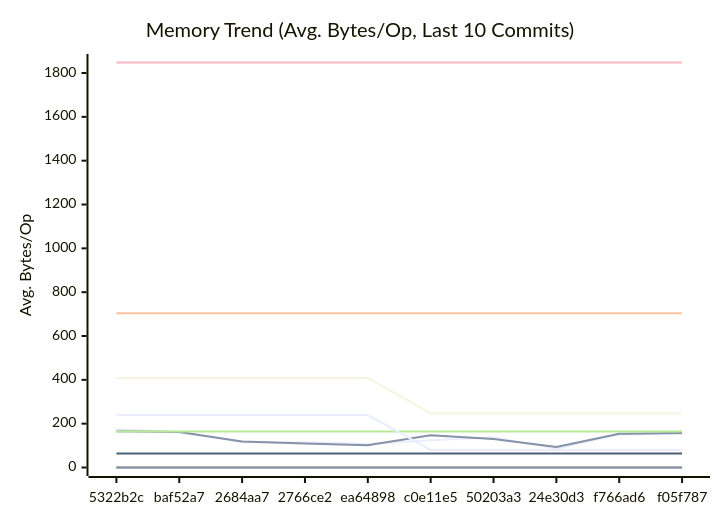
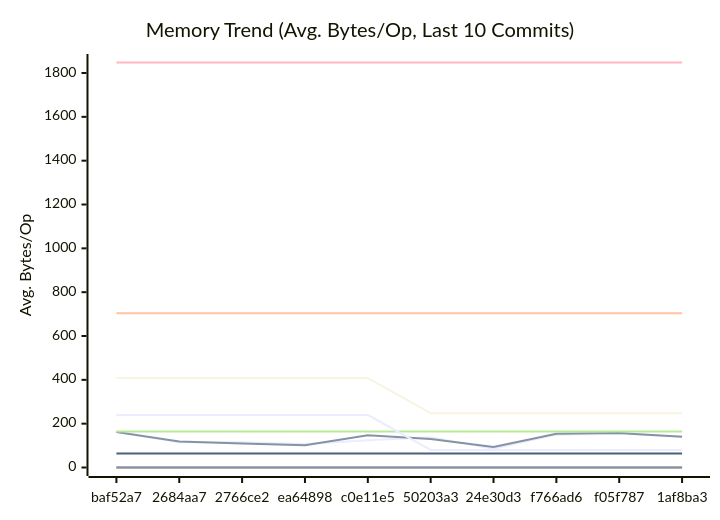
The second of 3 diagrams in docs/PERFORMANCE.md (alsotoes/momo), drawn with Mermaid before and after one commit. The commit also changed other lines of this file and 3 other files, not shown here.

````diff
--- a/docs/PERFORMANCE.md
+++ b/docs/PERFORMANCE.md
@@ -171,20 +171,20 @@
 ```mermaid
 xychart-beta
     title "Memory Trend (Avg. Bytes/Op, Last 10 Commits)"
     x-axis "Commit"
     y-axis "Avg. Bytes/Op"
-    x-axis [5322b2c,baf52a7,2684aa7,2766ce2,ea64898,c0e11e5,50203a3,24e30d3,f766ad6,f05f787]
-    line "AWSChunkedReaderSigned" [175,162,115,115,107,124,138,86,150,154]
-    line "AWSChunkedReaderUnsigned" [165,162,119,110,102,147,130,94,154,157]
+    x-axis [baf52a7,2684aa7,2766ce2,ea64898,c0e11e5,50203a3,24e30d3,f766ad6,f05f787,1af8ba3]
+    line "AWSChunkedReaderSigned" [162,115,115,107,124,138,86,150,154,142]
+    line "AWSChunkedReaderUnsigned" [162,119,110,102,147,130,94,154,157,140]
     line "CheckMetricsAndSwap" [0,0,0,0,0,0,0,0,0,0]
     line "CrushOptimized" [0,0,0,0,0,0,0,0,0,0]
     line "CrushOriginal" [164,164,164,164,164,164,164,164,164,164]
     line "IndexDirectTracking" [0,0,0,0,0,0,0,0,0,0]
     line "IndexSearch" [0,0,0,0,0,0,0,0,0,0]
     line "LoadGlobalConfig" [1848,1848,1848,1848,1848,1848,1848,1848,1848,1848]
     line "PadString" [64,64,64,64,64,64,64,64,64,64]
     line "ParseReplicationOrder_NoPrealloc" [408,408,408,408,408,248,248,248,248,248]
     line "ParseReplicationOrder_Prealloc" [240,240,240,240,240,80,80,80,80,80]
     line "SanitizeLog/Safe" [0,0,0,0,0,0,0,0,0,0]
     line "SanitizeLog/Unsafe" [704,704,704,704,704,704,704,704,704,704]
 ```
````
